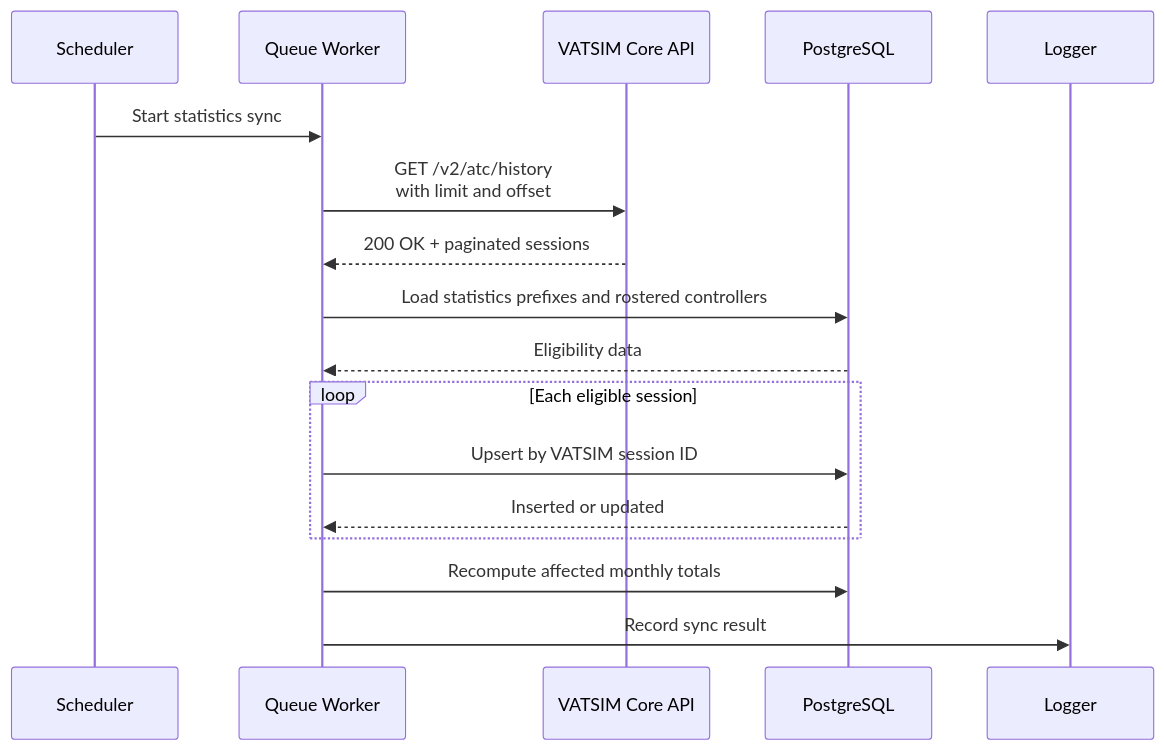
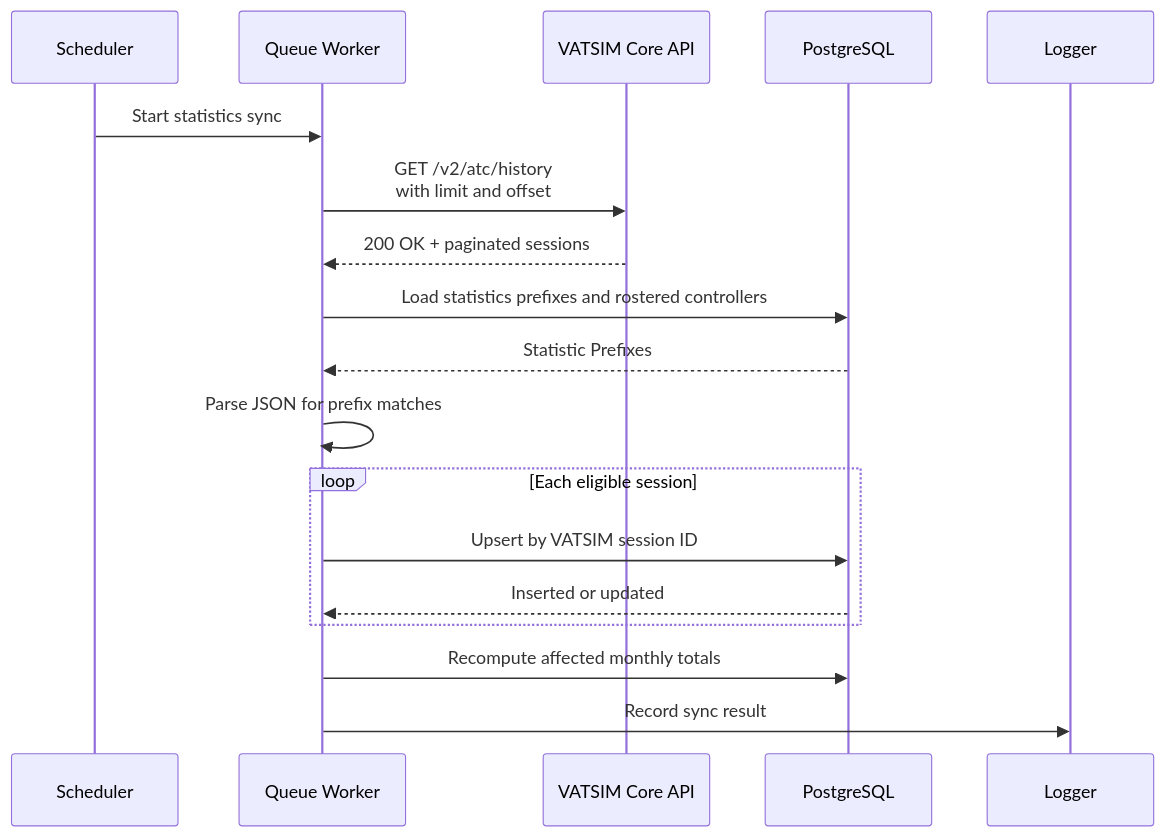
One commit to archie-paice/site-laravel changed the diagram in docs/adr/statistics-online-controller.md. Above: the diagram before and after it, drawn with Mermaid.

Commit message:
update seq diagram

````diff
--- a/docs/adr/statistics-online-controller.md
+++ b/docs/adr/statistics-online-controller.md
@@ -53,22 +53,22 @@
 ```mermaid id="jbt1zd"
 sequenceDiagram
     participant Scheduler
     participant Worker as Queue Worker
     participant VATSIM as VATSIM Core API
     participant DB as PostgreSQL
     participant Logger
 
     Scheduler->>Worker: Start statistics sync
     Worker->>VATSIM: GET /v2/atc/history<br/>with limit and offset
     VATSIM-->>Worker: 200 OK + paginated sessions
     Worker->>DB: Load statistics prefixes and rostered controllers
-    DB-->>Worker: Eligibility data
-
+    DB-->>Worker: Statistic Prefixes 
+    Worker->>Worker: Parse JSON for prefix matches 
     loop Each eligible session
         Worker->>DB: Upsert by VATSIM session ID
         DB-->>Worker: Inserted or updated
     end
 
     Worker->>DB: Recompute affected monthly totals
     Worker->>Logger: Record sync result
 ```
````
